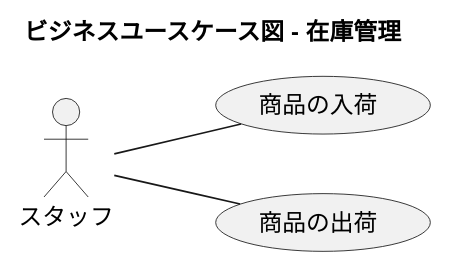
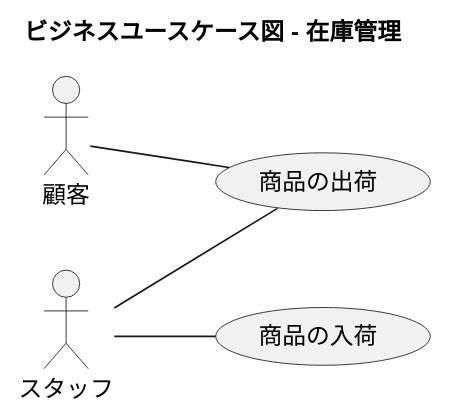
The eighth of 20 diagrams in docs/index.adoc (k2works/application_programing_excercise_2022), drawn with PlantUML before and after one commit. The commit also changed other lines of this file, not shown here.

```diff
--- a/docs/index.adoc
+++ b/docs/index.adoc
@@ -296,18 +297,20 @@
 [plantuml]
 ----
 @startuml
 
 title ビジネスユースケース図 - 在庫管理
 
 left to right direction
 
-actor スタッフ as ac_01
+actor 顧客 as ac_01
+actor スタッフ as ac_02
 
 usecase 商品の入荷 as uc_01
 usecase 商品の出荷 as uc_02
 
-ac_01 -- (uc_01)
+ac_02 -- (uc_01)
+ac_02 -- (uc_02)
 ac_01 -- (uc_02)
 
 @enduml
 ----
```
